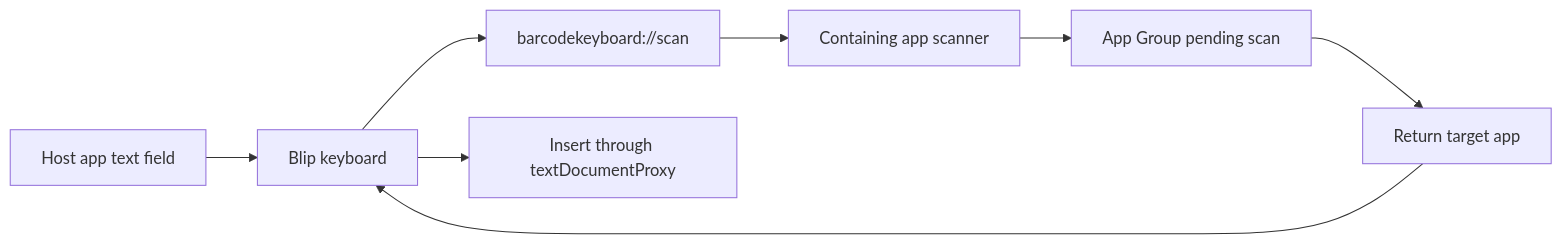
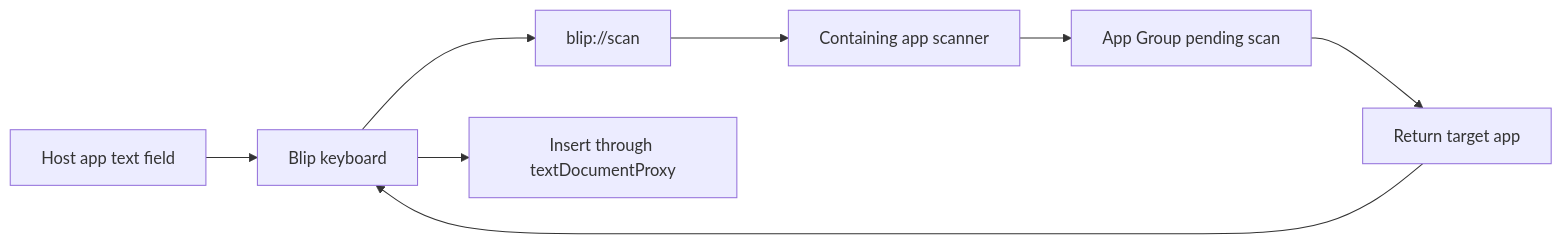
Before and after one commit to thisistoni/blip-keyboard-scanner: the diagram in docs/ARCHITECTURE.md, drawn with Mermaid. The commit also changed other lines of this file and 20 other files, not shown here.

Commit message:
Apply Blip branding and scan sound

````diff
--- a/docs/ARCHITECTURE.md
+++ b/docs/ARCHITECTURE.md
@@ -14,10 +14,10 @@
 ```mermaid
 flowchart LR
     A["Host app text field"] --> B["Blip keyboard"]
-    B --> C["barcodekeyboard://scan"]
+    B --> C["blip://scan"]
     C --> D["Containing app scanner"]
     D --> E["App Group pending scan"]
     E --> F["Return target app"]
     F --> B
     B --> G["Insert through textDocumentProxy"]
 ```
````
